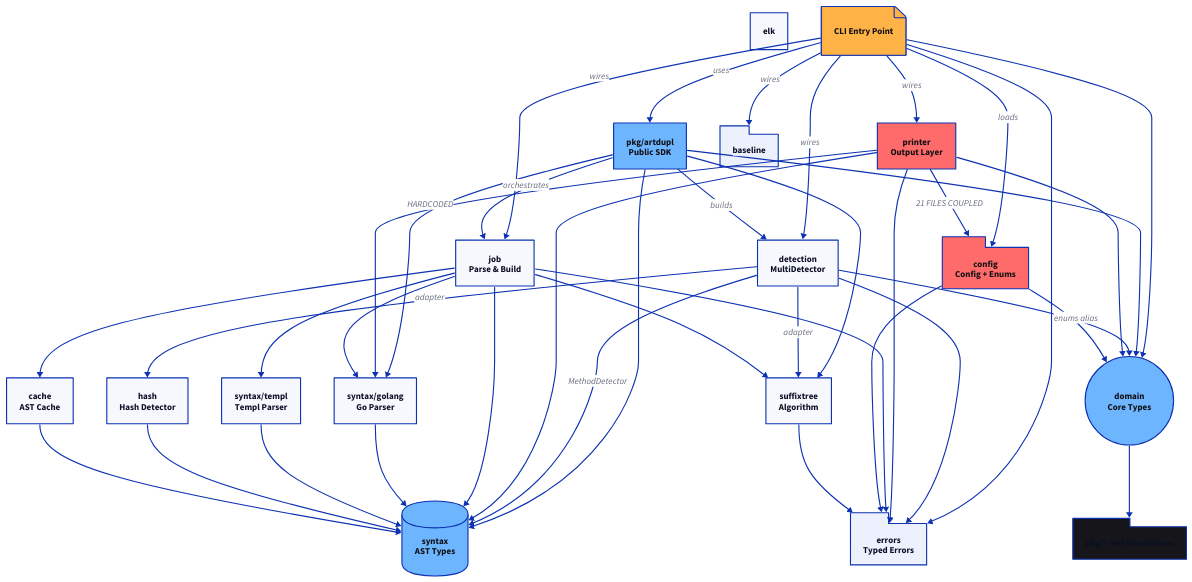
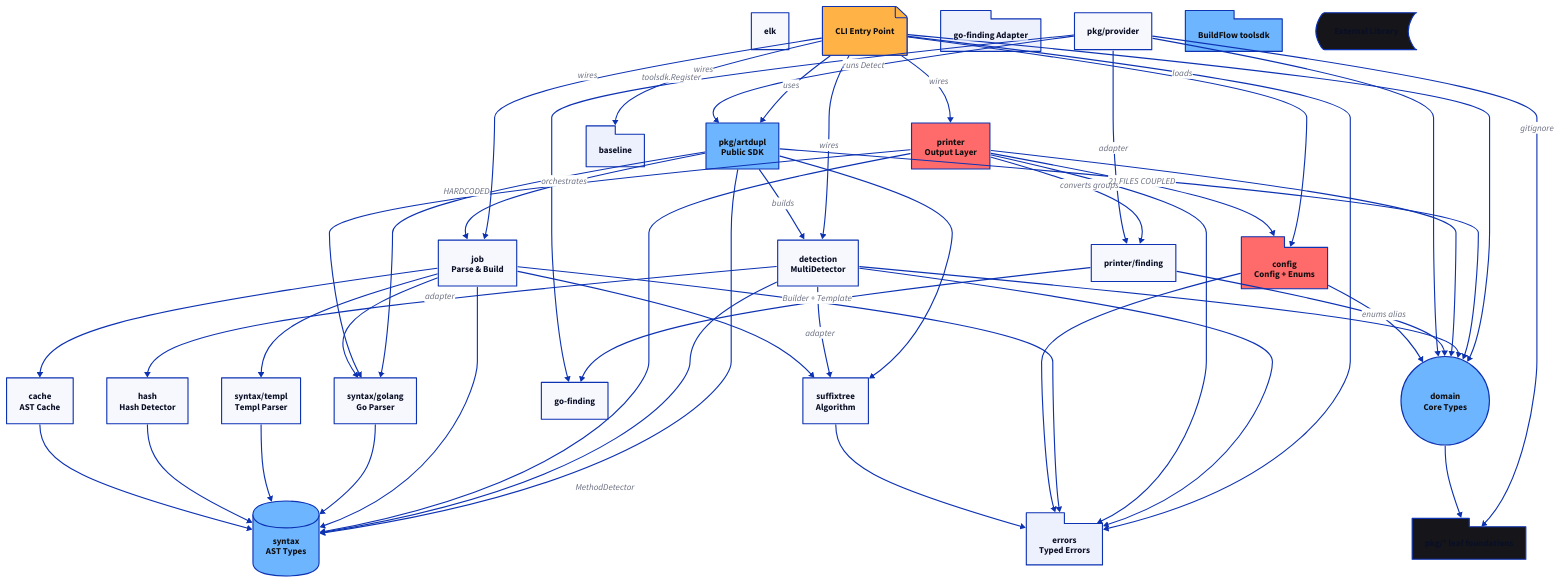
Before and after one commit to LarsArtmann/art-dupl: the diagram in docs/architecture-understanding/2026-06-23_07_22-architecture.d2, drawn with D2. The commit also changed 6 other files, not shown here.

```diff
--- a/docs/architecture-understanding/2026-06-23_07_22-architecture.d2
+++ b/docs/architecture-understanding/2026-06-23_07_22-architecture.d2
@@ -1,101 +1,128 @@
 direction: down
 layout: elk
 
 # art-dupl CURRENT architecture — 8-layer DAG with coupling hotspots
 
 cmd: CLI Entry Point {
   shape: page
   style.fill: "#ffb347"
   style.font-color: "#0e0e10"
 }
 
 sdk: pkg/artdupl\nPublic SDK {
   style.fill: "#6eb5ff"
   style.font-color: "#0e0e10"
 }
 
 detection: detection\nMultiDetector
 printer: printer\nOutput Layer {
   style.fill: "#ff6b6b"
   style.font-color: "#0e0e10"
 }
 job: job\nParse & Build
 
 config: config\nConfig + Enums {
   shape: package
   style.fill: "#ff6b6b"
   style.font-color: "#0e0e10"
 }
 
 syntax_engine: syntax\nAST Types {
   shape: cylinder
   style.fill: "#6eb5ff"
   style.font-color: "#0e0e10"
 }
 golang: syntax/golang\nGo Parser
 templ: syntax/templ\nTempl Parser
 suffixtree: suffixtree\nAlgorithm
 hash: hash\nHash Detector
 cache: cache\nAST Cache
 baseline: baseline {
   shape: package
 }
 
+finding_output: printer/finding
+go-finding Adapter {
+  shape: package
+}
+
+provider: pkg/provider
+BuildFlow toolsdk {
+  shape: package
+  style.fill: "#6eb5ff"
+  style.font-color: "#0e0e10"
+}
+
+gofinding: go-finding
+External Library {
+  shape: stored_data
+  style.fill: "#16161a"
+}
+
 domain: domain\nCore Types {
   shape: circle
   style.fill: "#6eb5ff"
   style.font-color: "#0e0e10"
 }
 errors: errors\nTyped Errors {
   shape: package
 }
 
 foundation: pkg/* leaf foundations {
   shape: package
   style.fill: "#16161a"
 }
 
 cmd -> sdk: uses
 cmd -> detection: wires
 cmd -> printer: wires
 cmd -> job: wires
 cmd -> baseline: wires
 cmd -> config: loads
 cmd -> domain
 cmd -> errors
 
 sdk -> detection: builds
 sdk -> job: orchestrates
 sdk -> suffixtree
 sdk -> syntax_engine
 sdk -> golang: HARDCODED
 sdk -> domain
 
 detection -> syntax_engine: MethodDetector
 detection -> hash: adapter
 detection -> suffixtree: adapter
 detection -> domain
 detection -> errors
 
 printer -> config: 21 FILES COUPLED
 printer -> domain
 printer -> syntax_engine
 printer -> golang
 printer -> errors
+printer -> finding_output: converts groups
+finding_output -> gofinding: Builder + Template
+finding_output -> domain
+
+provider -> sdk: runs Detect
+provider -> finding_output: adapter
+provider -> gofinding: toolsdk.Register
+provider -> domain
+provider -> foundation: gitignore
 
 job -> syntax_engine
 job -> golang
 job -> templ
 job -> suffixtree
 job -> cache
 job -> errors
 
 config -> domain: enums alias
 config -> errors
 
 golang -> syntax_engine
 templ -> syntax_engine
 hash -> syntax_engine
 cache -> syntax_engine
 suffixtree -> errors
 domain -> foundation
```
